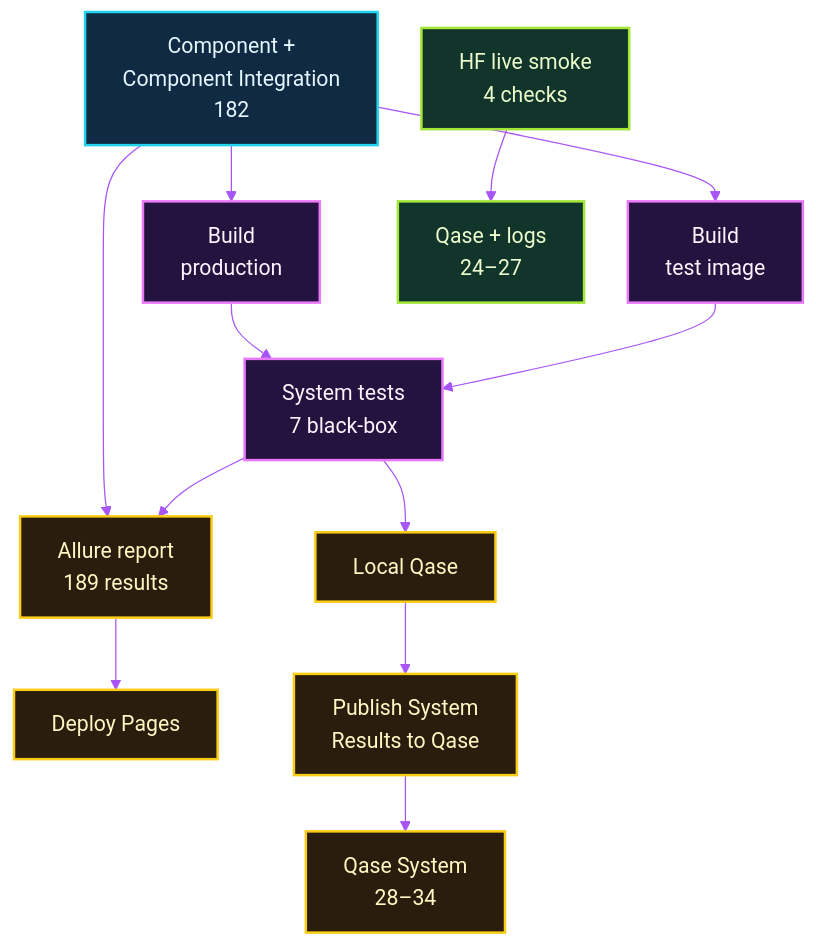
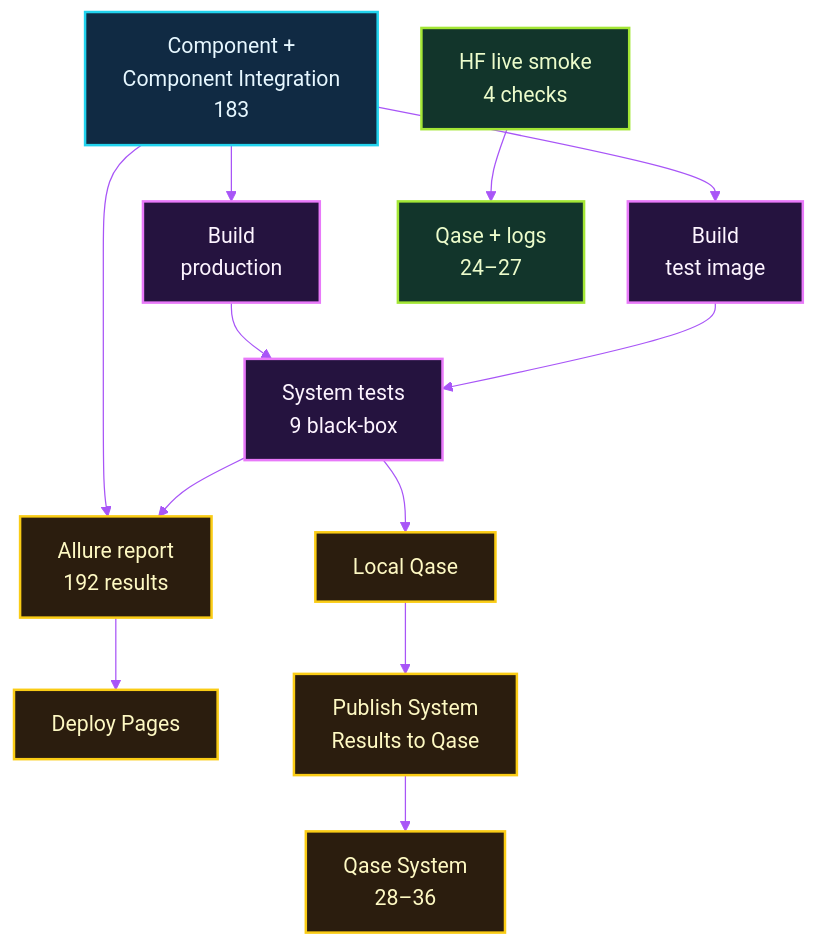
One commit to michalmarczuk/event-agent changed the third of 3 diagrams in docs/TESTING.md. Above: the diagram before and after it, drawn with Mermaid. The commit also changed other lines of this file and 12 other files, not shown here.

Commit message:
Add black-box coverage for provider failure and LLM grounding

````diff
--- a/docs/TESTING.md
+++ b/docs/TESTING.md
@@ -111,26 +113,26 @@
 ```mermaid
 %%{init: {'theme': 'base', 'themeVariables': {'background': '#07111f', 'primaryColor': '#102a43', 'primaryTextColor': '#e6f7ff', 'primaryBorderColor': '#22d3ee', 'secondaryColor': '#25133f', 'tertiaryColor': '#12352b', 'lineColor': '#a855f7', 'fontFamily': 'ui-sans-serif, system-ui', 'fontSize': '17px'}, 'flowchart': {'nodeSpacing': 35, 'rankSpacing': 45}}}%%
 flowchart TB
-    component["Component +<br/>Component Integration<br/>182"] --> production["Build<br/>production"]
+    component["Component +<br/>Component Integration<br/>183"] --> production["Build<br/>production"]
     component --> test_image["Build<br/>test image"]
-    production --> system["System tests<br/>7 black-box"]
+    production --> system["System tests<br/>9 black-box"]
     test_image --> system
-    component --> allure["Allure report<br/>189 results"]
+    component --> allure["Allure report<br/>192 results"]
     system --> allure
     allure --> pages["Deploy Pages"]
 
     system --> local["Local Qase"]
     local --> publish["Publish System<br/>Results to Qase"]
-    publish --> qase["Qase System<br/>28–34"]
+    publish --> qase["Qase System<br/>28–36"]
 
     hf["HF live smoke<br/>4 checks"] --> qase_live["Qase + logs<br/>24–27"]
 
     classDef ci fill:#102a43,stroke:#22d3ee,color:#e6f7ff,stroke-width:2px;
     classDef image fill:#25133f,stroke:#e879f9,color:#fdf4ff,stroke-width:2px;
     classDef report fill:#2b1d0e,stroke:#facc15,color:#fef9c3,stroke-width:2px;
     classDef live fill:#12352b,stroke:#a3e635,color:#ecfccb,stroke-width:2px;
     class component ci;
     class production,test_image,system image;
     class allure,pages,local,publish,qase report;
     class hf,qase_live live;
 ```
````
